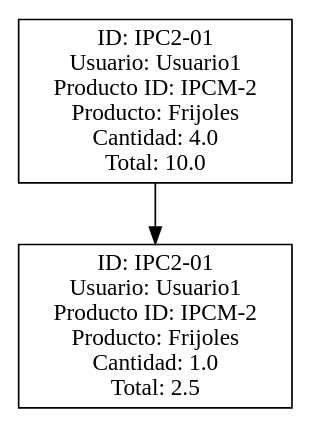
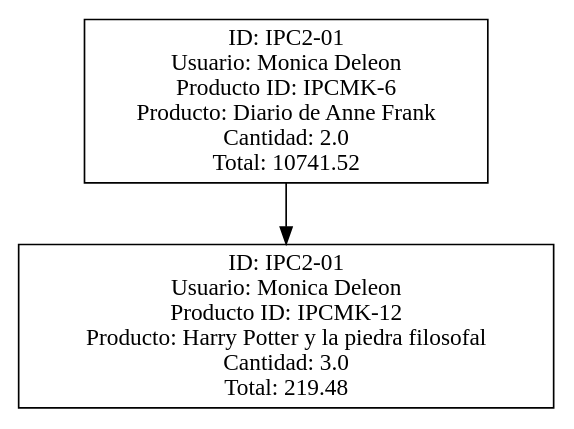
One commit to MarceJua/IPC2_ProyectoVJ2024_14 changed the diagram in reportesdot/pilaIPC2-01.dot. Above: the diagram before and after it, drawn with Graphviz. The commit also changed 18 other files, not shown here.

```diff
--- a/reportesdot/pilaIPC2-01.dot
+++ b/reportesdot/pilaIPC2-01.dot
@@ -1,7 +1,7 @@
 digraph G {
      rankdir=TB;
      node[shape=record];
-node0 [label="ID: IPC2-01\nUsuario: Usuario1\nProducto ID: IPCM-2\nProducto: Frijoles\nCantidad: 4.0\nTotal: 10.0"];
+node0 [label="ID: IPC2-01\nUsuario: Monica Deleon\nProducto ID: IPCMK-6\nProducto: Diario de Anne Frank\nCantidad: 2.0\nTotal: 10741.52"];
 node0 -> node1;
-node1 [label="ID: IPC2-01\nUsuario: Usuario1\nProducto ID: IPCM-2\nProducto: Frijoles\nCantidad: 1.0\nTotal: 2.5"];
+node1 [label="ID: IPC2-01\nUsuario: Monica Deleon\nProducto ID: IPCMK-12\nProducto: Harry Potter y la piedra filosofal\nCantidad: 3.0\nTotal: 219.48"];
 }
```
